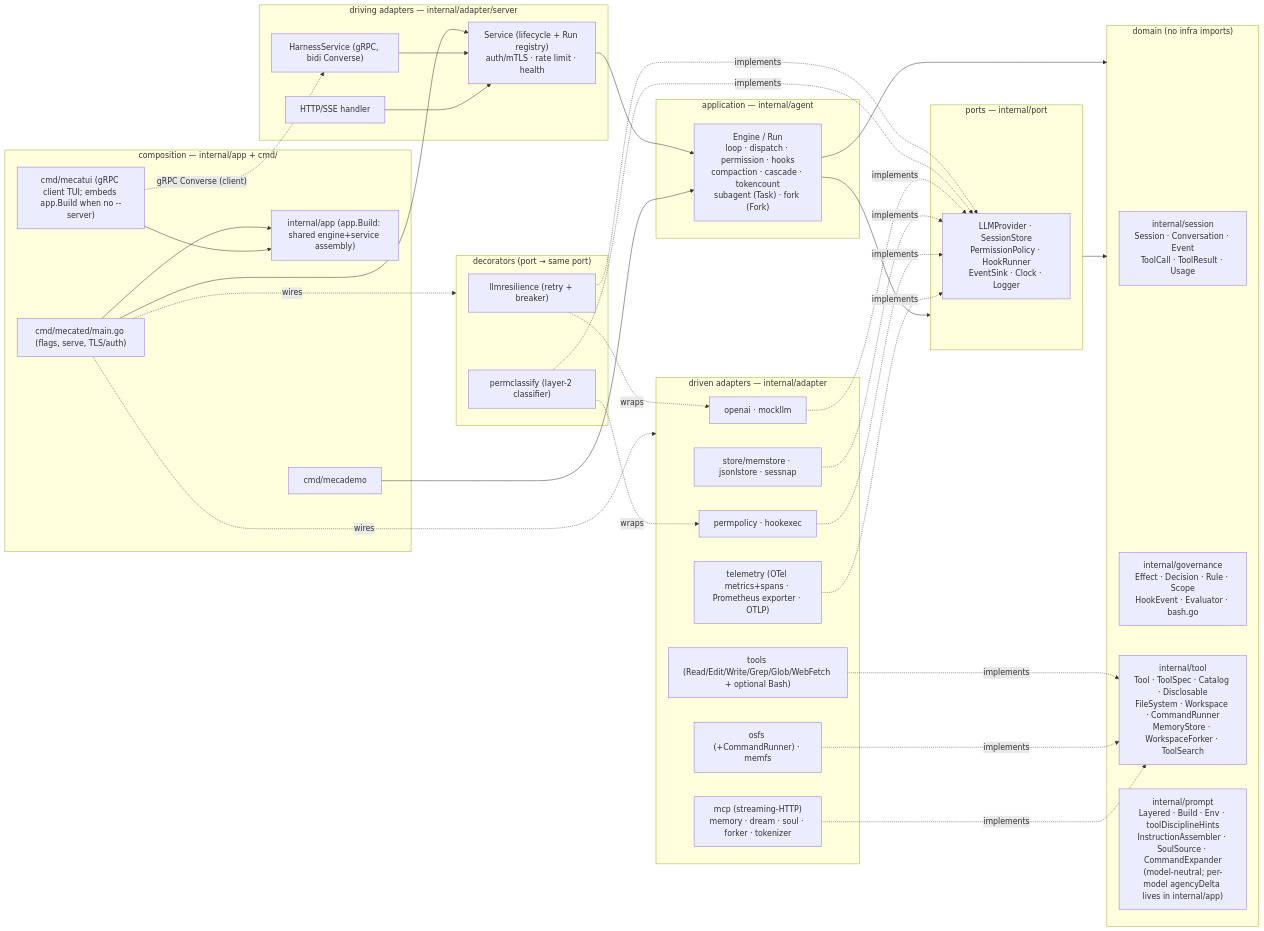
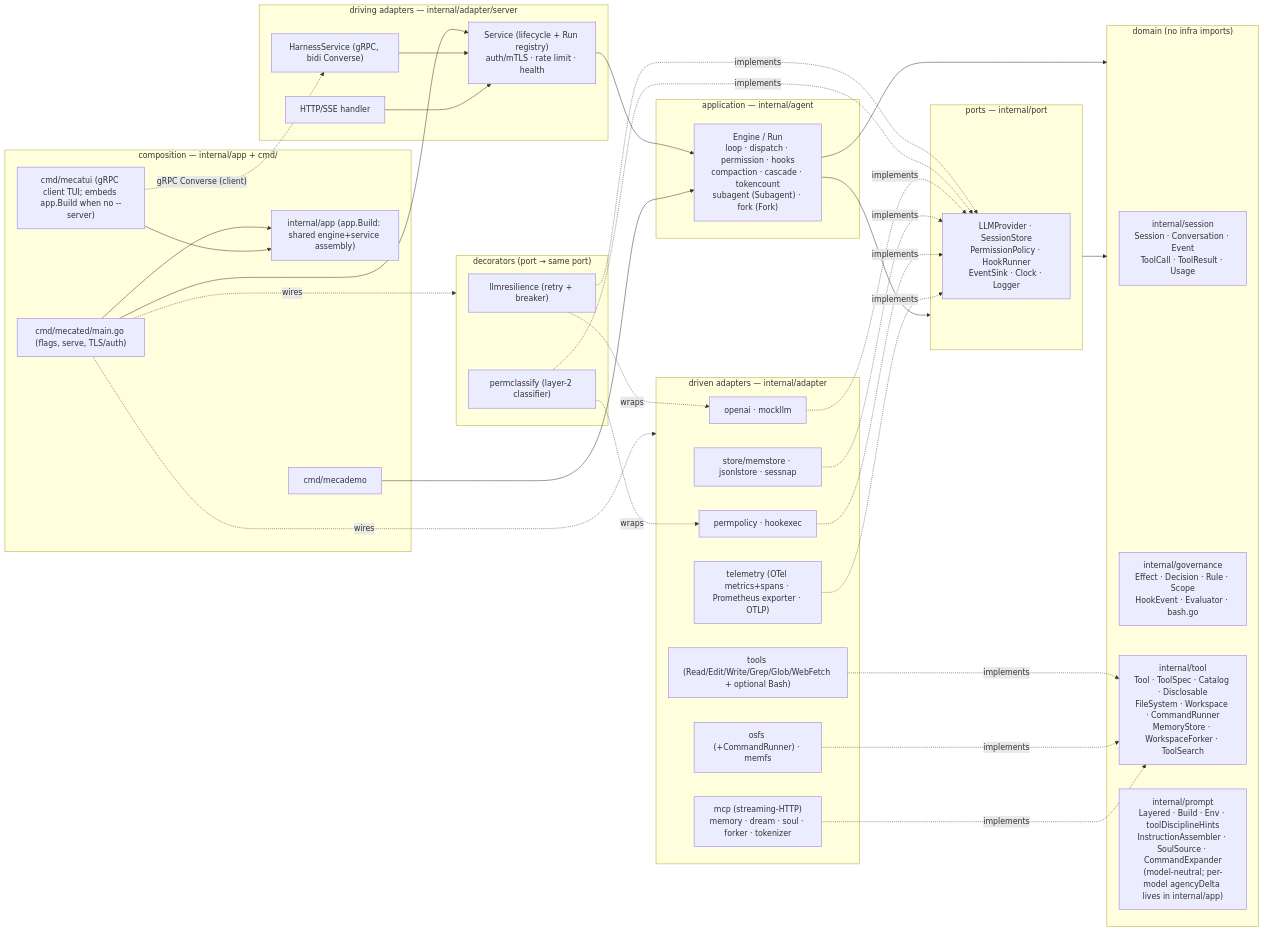
The first of 4 diagrams in docs/architecture.md (sabbanis/mecatl), drawn with Mermaid before and after one commit. The commit also changed other lines of this file and 70 other files, not shown here.

````diff
--- a/docs/architecture.md
+++ b/docs/architecture.md
@@ -41,69 +41,69 @@
 ```mermaid
 flowchart LR
   subgraph CMD["composition — internal/app + cmd/"]
     app["internal/app (app.Build: shared engine+service assembly)"]
     mecated["cmd/mecated/main.go (flags, serve, TLS/auth)"]
     demo["cmd/mecademo"]
     tui["cmd/mecatui (gRPC client TUI; embeds app.Build when no --server)"]
     mecated --> app
     tui --> app
   end
 
   subgraph DRIVING["driving adapters — internal/adapter/server"]
     grpc["HarnessService (gRPC, bidi Converse)"]
     http["HTTP/SSE handler"]
     svc["Service (lifecycle + Run registry)\nauth/mTLS · rate limit · health"]
   end
 
   subgraph APP["application — internal/agent"]
-    engine["Engine / Run\nloop · dispatch · permission · hooks\ncompaction · cascade · tokencount\nsubagent (Task) · fork (Fork)"]
+    engine["Engine / Run\nloop · dispatch · permission · hooks\ncompaction · cascade · tokencount\nsubagent (Subagent) · fork (Fork)"]
   end
 
   subgraph PORTS["ports — internal/port"]
     p["LLMProvider · SessionStore\nPermissionPolicy · HookRunner\nEventSink · Clock · Logger"]
   end
 
   subgraph DOMAIN["domain (no infra imports)"]
     sess["internal/session\nSession · Conversation · Event\nToolCall · ToolResult · Usage"]
     gov["internal/governance\nEffect · Decision · Rule · Scope\nHookEvent · Evaluator · bash.go"]
     tl["internal/tool\nTool · ToolSpec · Catalog · Disclosable\nFileSystem · Workspace · CommandRunner\nMemoryStore · WorkspaceForker · ToolSearch"]
     pr["internal/prompt\nLayered · Build · Env · toolDisciplineHints\nInstructionAssembler · SoulSource · CommandExpander\n(model-neutral; per-model agencyDelta lives in internal/app)"]
   end
 
   subgraph DECOR["decorators (port → same port)"]
     res["llmresilience (retry + breaker)"]
     pc["permclassify (layer-2 classifier)"]
   end
 
   subgraph DRIVEN["driven adapters — internal/adapter"]
     oai["openai · mockllm"]
     fs["osfs (+CommandRunner) · memfs"]
     st["store/memstore · jsonlstore · sessnap"]
     tools["tools (Read/Edit/Write/Grep/Glob/WebFetch + optional Bash)"]
     pp["permpolicy · hookexec"]
     tel["telemetry (OTel metrics+spans · Prometheus exporter · OTLP)"]
     ext["mcp (streaming-HTTP)\nmemory · dream · soul · forker · tokenizer"]
   end
 
   mecated --> svc --> engine
   demo --> engine
   tui -. "gRPC Converse (client)" .-> grpc
   grpc --> svc
   http --> svc
   engine --> PORTS
   engine --> DOMAIN
   PORTS --> DOMAIN
   res -.wraps.-> oai
   res -.implements.-> p
   pc -.wraps.-> pp
   pc -.implements.-> p
   oai -.implements.-> p
   st -.implements.-> p
   pp -.implements.-> p
   tel -.implements.-> p
   tools -.implements.-> tl
   fs -.implements.-> tl
   ext -.implements.-> tl
   mecated -. wires .-> DRIVEN
   mecated -. wires .-> DECOR
 ```
````
